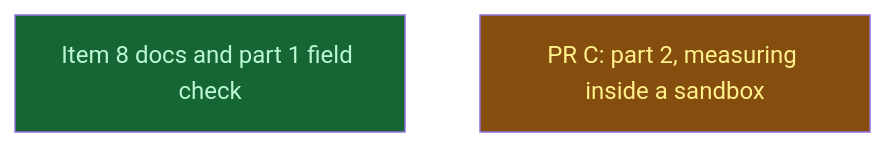
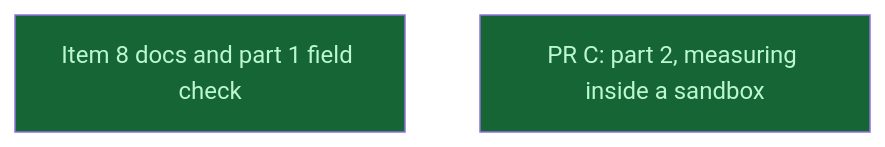
One commit to LittleCoinCoin/hypomnesis changed the diagram in __roadmap__/v0214-sandbox/part1/close/README.md. Above: the diagram before and after it, drawn with Mermaid. The commit also changed other lines of this file and 5 other files, not shown here.

First line of the commit message:
docs(roadmap): PR C is ready for review; part2, close and part1 are done

````diff
--- a/__roadmap__/v0214-sandbox/part1/close/README.md
+++ b/__roadmap__/v0214-sandbox/part1/close/README.md
@@ -20,10 +20,10 @@
 ```mermaid
 graph TD
     part1_close[Item 8 docs and part 1 field check]:::done
-    part2[PR C: part 2, measuring inside a sandbox]:::inprogress
+    part2[PR C: part 2, measuring inside a sandbox]:::done
     classDef done       fill:#166534,color:#bbf7d0
     classDef inprogress fill:#854d0e,color:#fef08a
     classDef planned    fill:#374151,color:#e5e7eb
     classDef amendment  fill:#1e3a5f,color:#bfdbfe
     classDef blocked    fill:#7f1d1d,color:#fecaca
 ```
````
